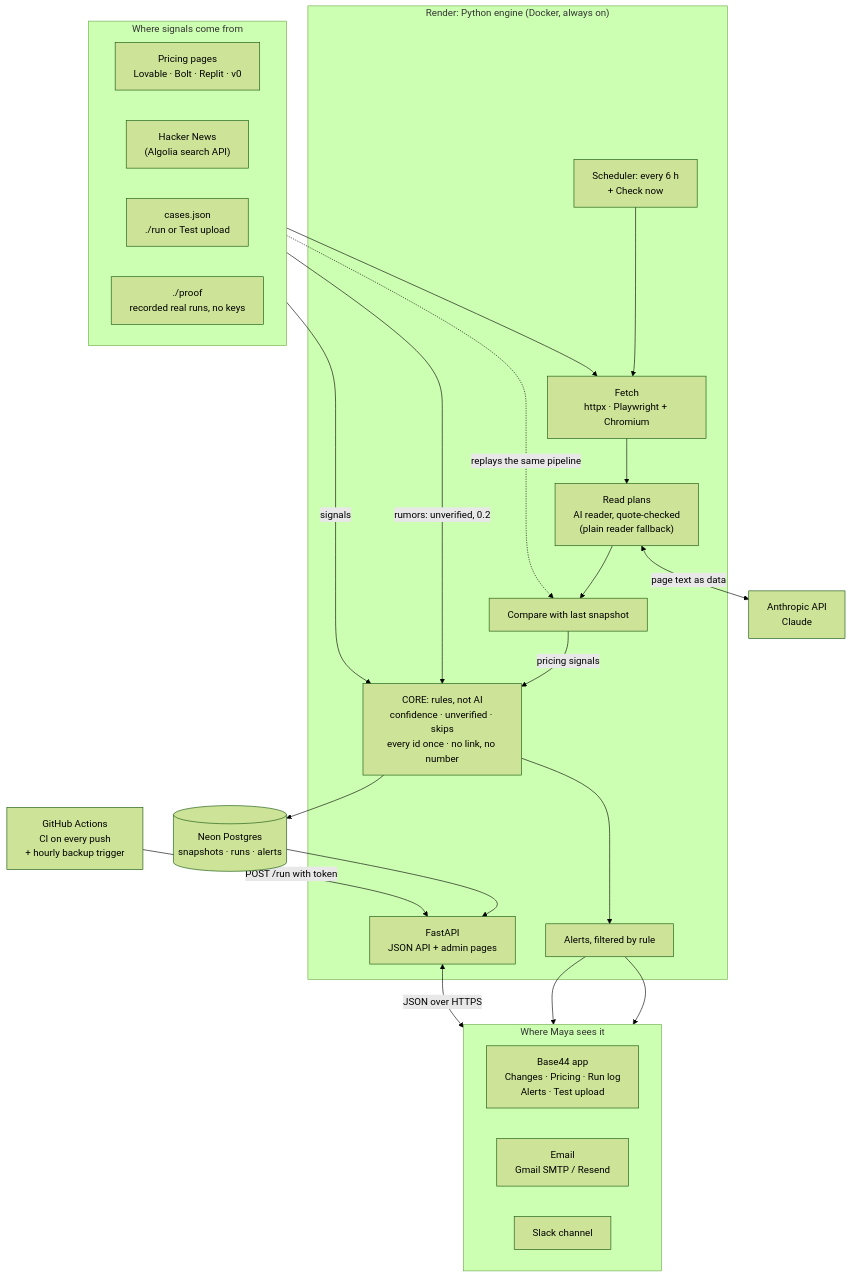
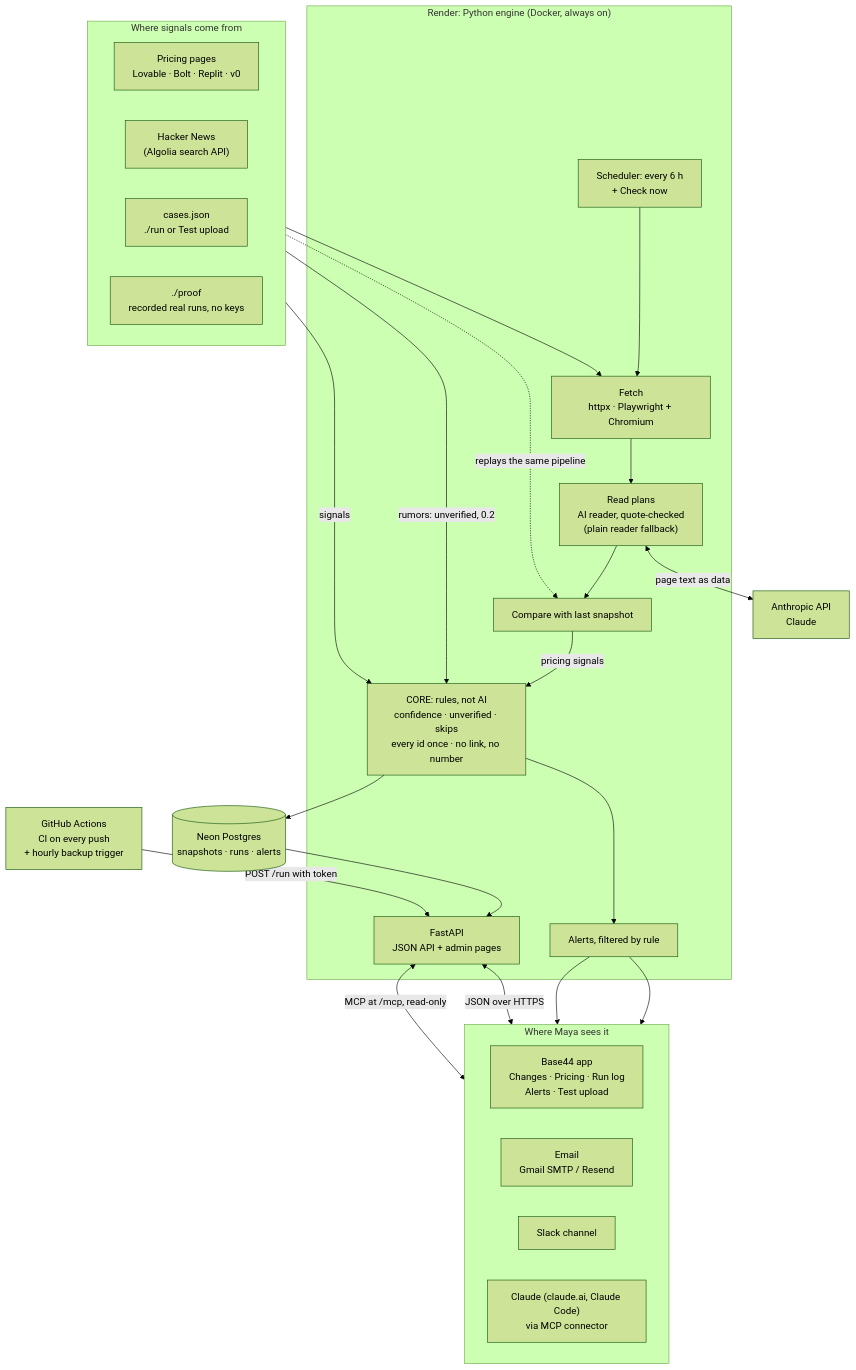
The diagram in README.md (bermanguy/brightloop-ai-marketing-builder), drawn with Mermaid (forest theme) before and after one commit. The commit also changed other lines of this file and 5 other files, not shown here.

First line of the commit message:
MCP connector: Claude can query changes, pricing, the run log and run a test file

````diff
--- a/README.md
+++ b/README.md
@@ -26,43 +27,45 @@
 ```mermaid
 flowchart TB
     subgraph inputs["Where signals come from"]
         direction LR
         pages["Pricing pages<br/>Lovable · Bolt · Replit · v0"]
         hn["Hacker News<br/>(Algolia search API)"]
         cases["cases.json<br/>./run or Test upload"]
         proof["./proof<br/>recorded real runs, no keys"]
     end
 
     subgraph render["Render: Python engine (Docker, always on)"]
         sched["Scheduler: every 6 h<br/>+ Check now"]
         fetch["Fetch<br/>httpx · Playwright + Chromium"]
         read["Read plans<br/>AI reader, quote-checked<br/>(plain reader fallback)"]
         compare["Compare with last snapshot"]
         core["CORE: rules, not AI<br/>confidence · unverified · skips<br/>every id once · no link, no number"]
         notify["Alerts, filtered by rule"]
         api["FastAPI<br/>JSON API + admin pages"]
     end
 
     claude["Anthropic API<br/>Claude"]
     db[("Neon Postgres<br/>snapshots · runs · alerts")]
     gh["GitHub Actions<br/>CI on every push<br/>+ hourly backup trigger"]
 
     subgraph out["Where Maya sees it"]
         direction LR
         b44["Base44 app<br/>Changes · Pricing · Run log<br/>Alerts · Test upload"]
         mail["Email<br/>Gmail SMTP / Resend"]
         slack["Slack channel"]
+        ask["Claude (claude.ai, Claude Code)<br/>via MCP connector"]
     end
 
     sched --> fetch
     pages --> fetch --> read --> compare -->|"pricing signals"| core
     read <-->|"page text as data"| claude
     hn -->|"rumors: unverified, 0.2"| core
     cases -->|"signals"| core
     proof -.->|"replays the same pipeline"| compare
     core --> db
     core --> notify --> mail & slack
     db --> api
     api <-->|"JSON over HTTPS"| b44
+    api <-->|"MCP at /mcp, read-only"| ask
     gh -->|"POST /run with token"| api
 ```
````
